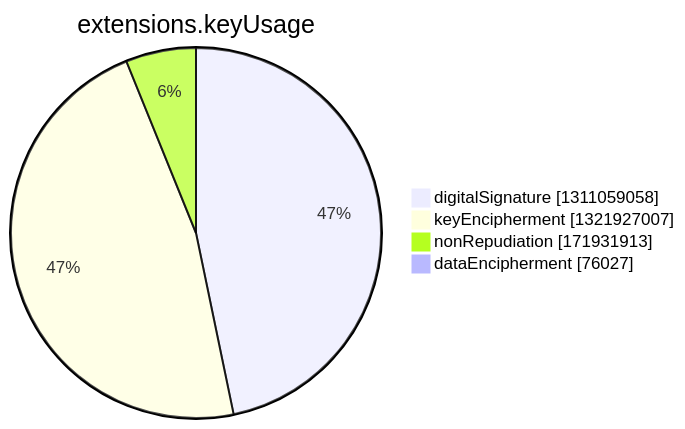
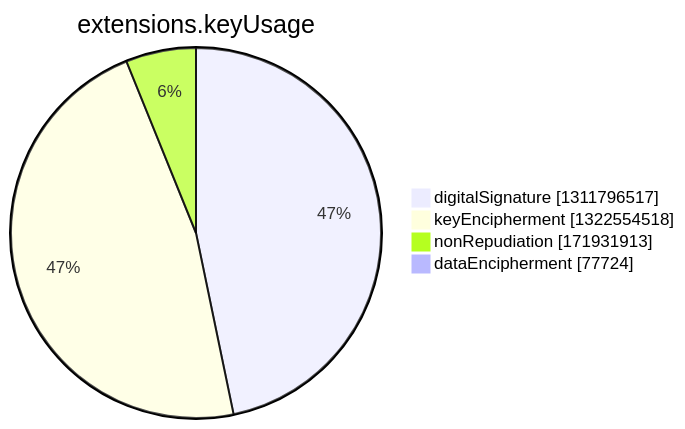
The seventh of 15 diagrams in argon2022/README.md (christiankrug/ctmonitor_visualization), drawn with Mermaid before and after one commit. The commit also changed other lines of this file, not shown here.

````diff
--- a/argon2022/README.md
+++ b/argon2022/README.md
@@ -2750,8 +2750,8 @@
 ```mermaid
 pie showData
 title extensions.keyUsage
-"digitalSignature" :1311059058
-"keyEncipherment" :1321927007
+"digitalSignature" :1311796517
+"keyEncipherment" :1322554518
 "nonRepudiation" :171931913
-"dataEncipherment" :76027
+"dataEncipherment" :77724
 ```
````
